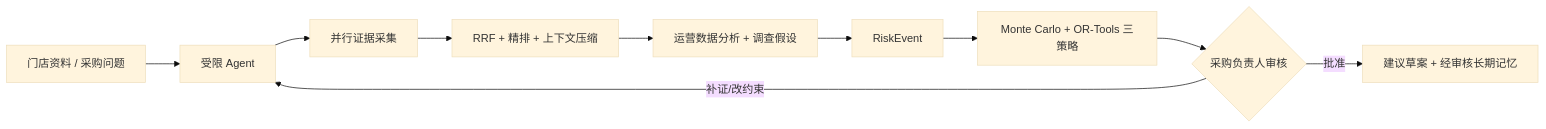
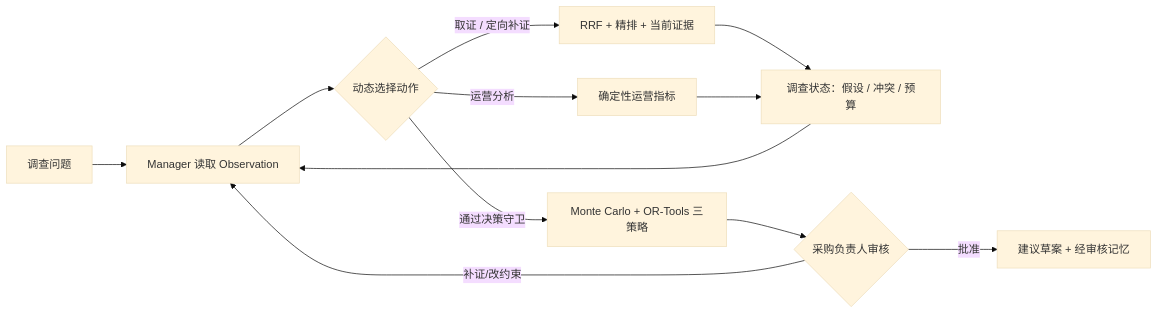
Before and after one commit to zjm1111/storeflow-agent: the first of 2 diagrams in README.md, drawn with Mermaid (base theme). The commit also changed other lines of this file and 9 other files, not shown here.

````diff
--- a/README.md
+++ b/README.md
@@ -11,12 +11,14 @@
 ```mermaid
 flowchart LR
-  A[门店资料 / 采购问题] --> B[受限 Agent]
-  B --> C[并行证据采集]
-  C --> D[RRF + 精排 + 上下文压缩]
-  D --> E[运营数据分析 + 调查假设]
-  E --> F[RiskEvent]
-  F --> G[Monte Carlo + OR-Tools 三策略]
+  A[调查问题] --> B[Manager 读取 Observation]
+  B --> C{动态选择动作}
+  C -->|取证 / 定向补证| D[RRF + 精排 + 当前证据]
+  C -->|运营分析| E[确定性运营指标]
+  D --> F[调查状态：假设 / 冲突 / 预算]
+  E --> F
+  F --> B
+  C -->|通过决策守卫| G[Monte Carlo + OR-Tools 三策略]
   G --> H{采购负责人审核}
-  H -->|批准| I[建议草案 + 经审核长期记忆]
+  H -->|批准| I[建议草案 + 经审核记忆]
   H -->|补证/改约束| B
 ```
````
